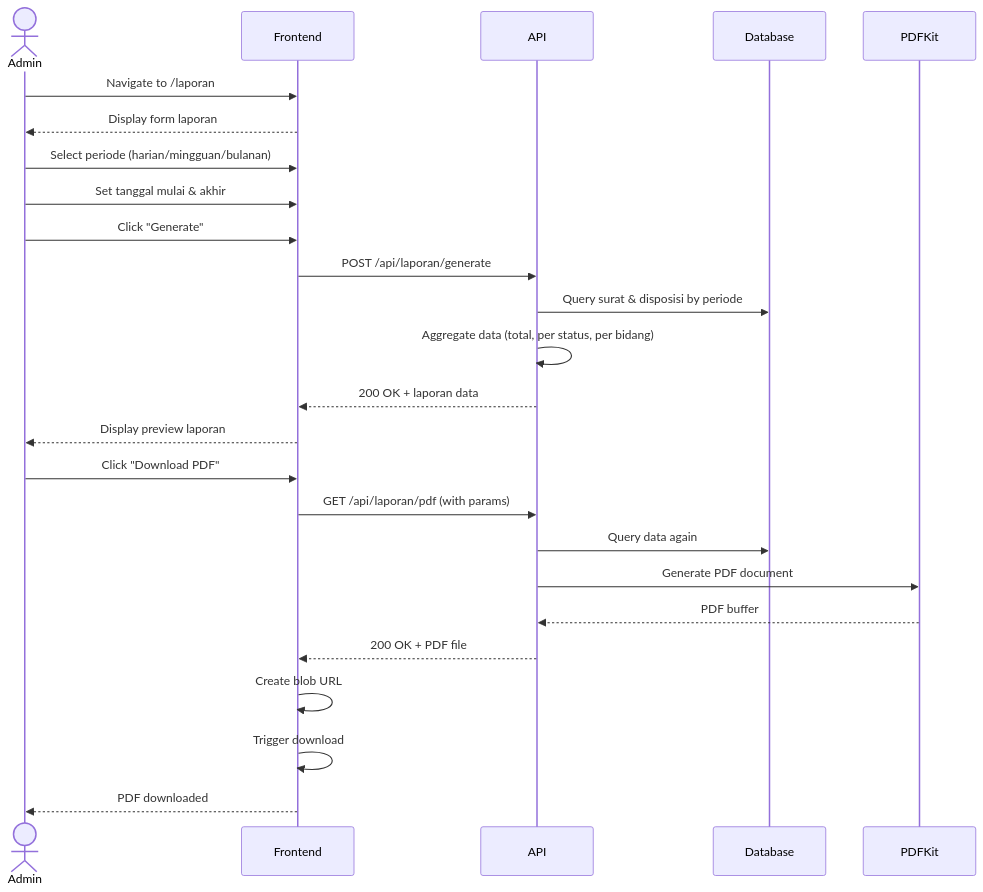
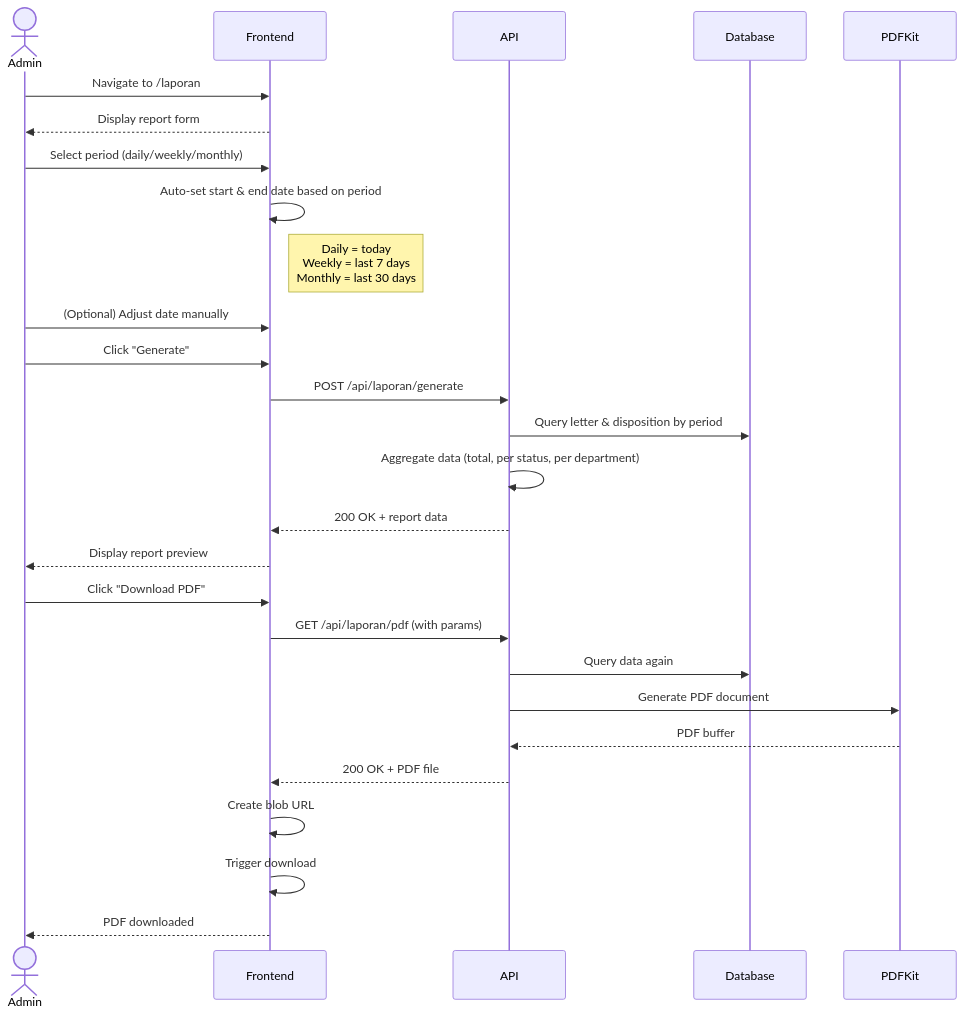
The diagram in docs/system_logics/sys_uc_008.md (ATzFauzan1525/Nexus), drawn with Mermaid before and after one commit. The commit also changed other lines of this file and 2 other files, not shown here.

````diff
--- a/docs/system_logics/sys_uc_008.md
+++ b/docs/system_logics/sys_uc_008.md
@@ -42,31 +42,33 @@
 ```mermaid
 sequenceDiagram
     actor Admin
     participant Frontend
     participant API
     participant Database
     participant PDFKit
 
     Admin->>Frontend: Navigate to /laporan
-    Frontend-->>Admin: Display form laporan
+    Frontend-->>Admin: Display report form
 
-    Admin->>Frontend: Select periode (harian/mingguan/bulanan)
-    Admin->>Frontend: Set tanggal mulai & akhir
+    Admin->>Frontend: Select period (daily/weekly/monthly)
+    Frontend->>Frontend: Auto-set start & end date based on period
+    Note right of Frontend: Daily = today<br/>Weekly = last 7 days<br/>Monthly = last 30 days
+    Admin->>Frontend: (Optional) Adjust date manually
     Admin->>Frontend: Click "Generate"
 
     Frontend->>API: POST /api/laporan/generate
-    API->>Database: Query surat & disposisi by periode
-    API->>API: Aggregate data (total, per status, per bidang)
-    API-->>Frontend: 200 OK + laporan data
-    Frontend-->>Admin: Display preview laporan
+    API->>Database: Query letter & disposition by period
+    API->>API: Aggregate data (total, per status, per department)
+    API-->>Frontend: 200 OK + report data
+    Frontend-->>Admin: Display report preview
 
     Admin->>Frontend: Click "Download PDF"
     Frontend->>API: GET /api/laporan/pdf (with params)
     API->>Database: Query data again
     API->>PDFKit: Generate PDF document
     PDFKit-->>API: PDF buffer
     API-->>Frontend: 200 OK + PDF file
     Frontend->>Frontend: Create blob URL
     Frontend->>Frontend: Trigger download
     Frontend-->>Admin: PDF downloaded
 ```
````
